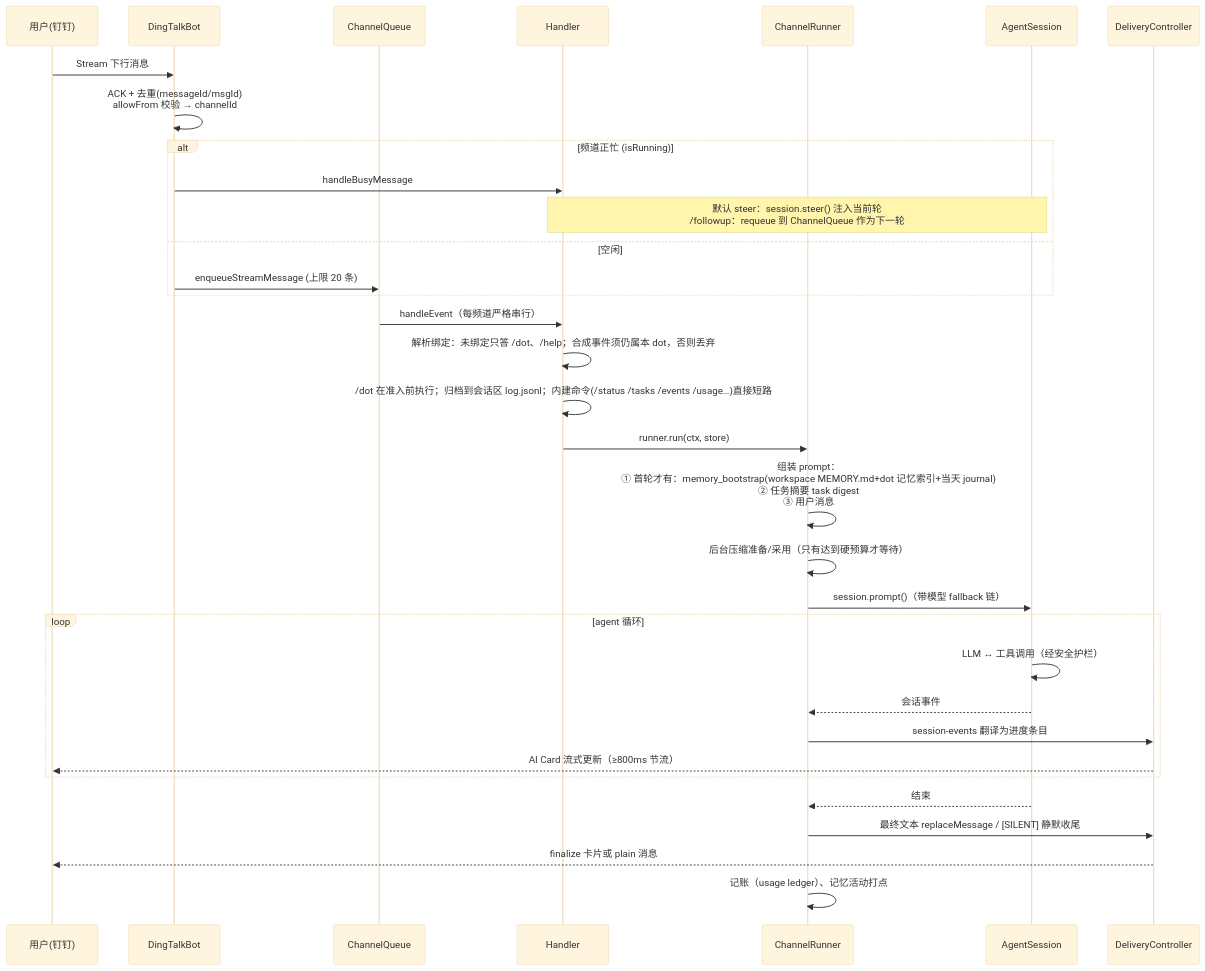
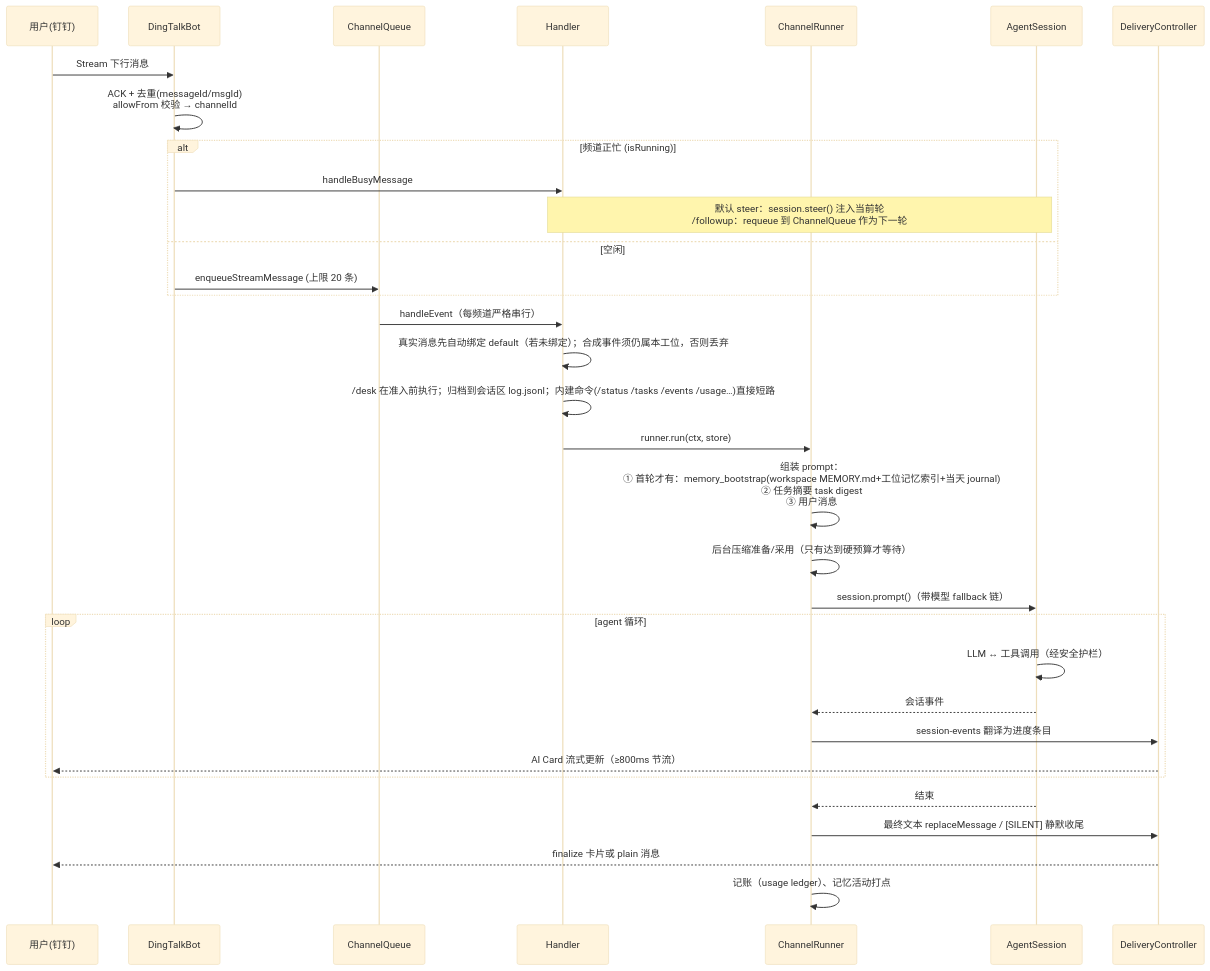
One commit to oyasmi/pipiclaw changed the second of 4 diagrams in docs/architecture.md. Above: the diagram before and after it, drawn with Mermaid (base theme). The commit also changed other lines of this file and 268 other files, not shown here.

````diff
--- a/docs/architecture.md
+++ b/docs/architecture.md
@@ -113,36 +113,36 @@
 ```mermaid
 sequenceDiagram
     participant U as 用户(钉钉)
     participant B as DingTalkBot
     participant Q as ChannelQueue
     participant H as Handler
     participant R as ChannelRunner
     participant S as AgentSession
     participant D as DeliveryController
 
     U->>B: Stream 下行消息
     B->>B: ACK + 去重(messageId/msgId)<br/>allowFrom 校验 → channelId
     alt 频道正忙 (isRunning)
         B->>H: handleBusyMessage
         Note over H,S: 默认 steer：session.steer() 注入当前轮<br/>/followup：requeue 到 ChannelQueue 作为下一轮
     else 空闲
         B->>Q: enqueueStreamMessage (上限 20 条)
     end
     Q->>H: handleEvent（每频道严格串行）
-    H->>H: 解析绑定：未绑定只答 /dot、/help；合成事件须仍属本 dot，否则丢弃
-    H->>H: /dot 在准入前执行；归档到会话区 log.jsonl；内建命令(/status /tasks /events /usage…)直接短路
+    H->>H: 真实消息先自动绑定 default（若未绑定）；合成事件须仍属本工位，否则丢弃
+    H->>H: /desk 在准入前执行；归档到会话区 log.jsonl；内建命令(/status /tasks /events /usage…)直接短路
     H->>R: runner.run(ctx, store)
-    R->>R: 组装 prompt：<br/>① 首轮才有：memory_bootstrap(workspace MEMORY.md+dot 记忆索引+当天 journal)<br/>② 任务摘要 task digest<br/>③ 用户消息
+    R->>R: 组装 prompt：<br/>① 首轮才有：memory_bootstrap(workspace MEMORY.md+工位记忆索引+当天 journal)<br/>② 任务摘要 task digest<br/>③ 用户消息
     R->>R: 后台压缩准备/采用（只有达到硬预算才等待）
     R->>S: session.prompt()（带模型 fallback 链）
     loop agent 循环
         S->>S: LLM ↔ 工具调用（经安全护栏）
         S-->>R: 会话事件
         R->>D: session-events 翻译为进度条目
         D-->>U: AI Card 流式更新（≥800ms 节流）
     end
     S-->>R: 结束
     R->>D: 最终文本 replaceMessage / [SILENT] 静默收尾
     D-->>U: finalize 卡片或 plain 消息
     R->>R: 记账（usage ledger）、记忆活动打点
 ```
````
